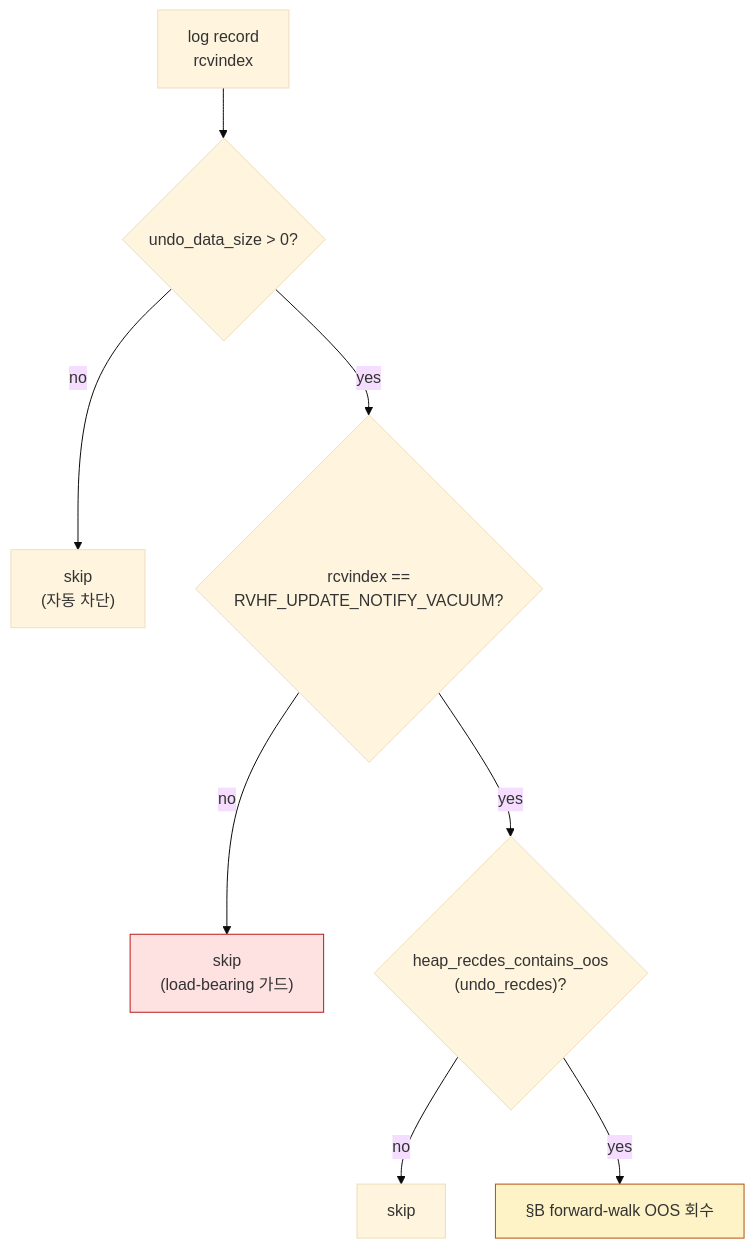
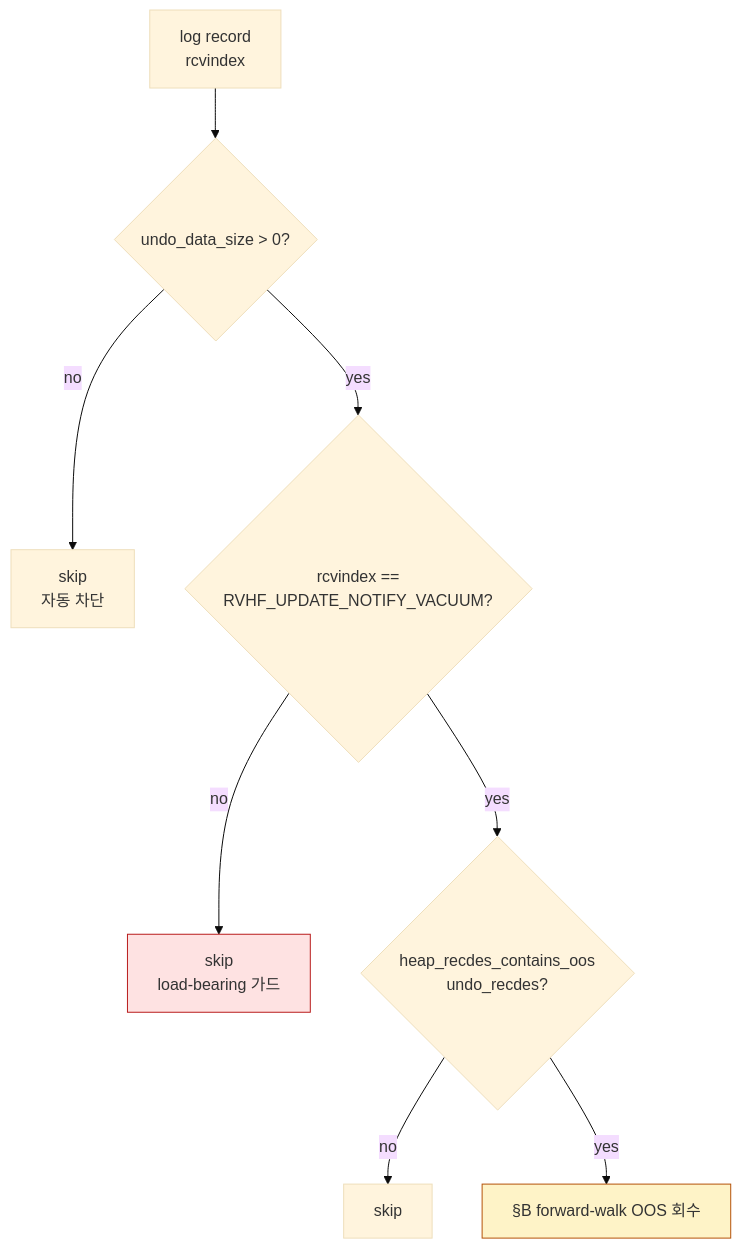
One commit to vimkim/my-cubrid-docs changed the fourth of 5 diagrams in pr-6986/PR-6986-vacuum-oos-paths-diagram.md. Above: the diagram before and after it, drawn with Mermaid (base theme). The commit also changed other lines of this file, not shown here.

Commit message:
fix(pr-6986): mermaid syntax — drop parens/<br/>/& from sequence diagrams

````diff
--- a/pr-6986/PR-6986-vacuum-oos-paths-diagram.md
+++ b/pr-6986/PR-6986-vacuum-oos-paths-diagram.md
@@ -209,13 +213,13 @@
 ```mermaid
 flowchart TD
     R["log record<br/>rcvindex"] --> Q1{"undo_data_size > 0?"}
-    Q1 -->|no| SKIP1["skip<br/>(자동 차단)"]
+    Q1 -->|no| SKIP1["skip<br/>자동 차단"]
     Q1 -->|yes| Q2{"rcvindex ==<br/>RVHF_UPDATE_NOTIFY_VACUUM?"}
-    Q2 -->|no| SKIP2["skip<br/>(load-bearing 가드)"]
-    Q2 -->|yes| Q3{"heap_recdes_contains_oos<br/>(undo_recdes)?"}
+    Q2 -->|no| SKIP2["skip<br/>load-bearing 가드"]
+    Q2 -->|yes| Q3{"heap_recdes_contains_oos<br/>undo_recdes?"}
     Q3 -->|no| SKIP3["skip"]
     Q3 -->|yes| ENTER["§B forward-walk OOS 회수"]
 
     style ENTER fill:#fef3c7,stroke:#b45309
     style SKIP2 fill:#fee2e2,stroke:#b91c1c
 ```
````
